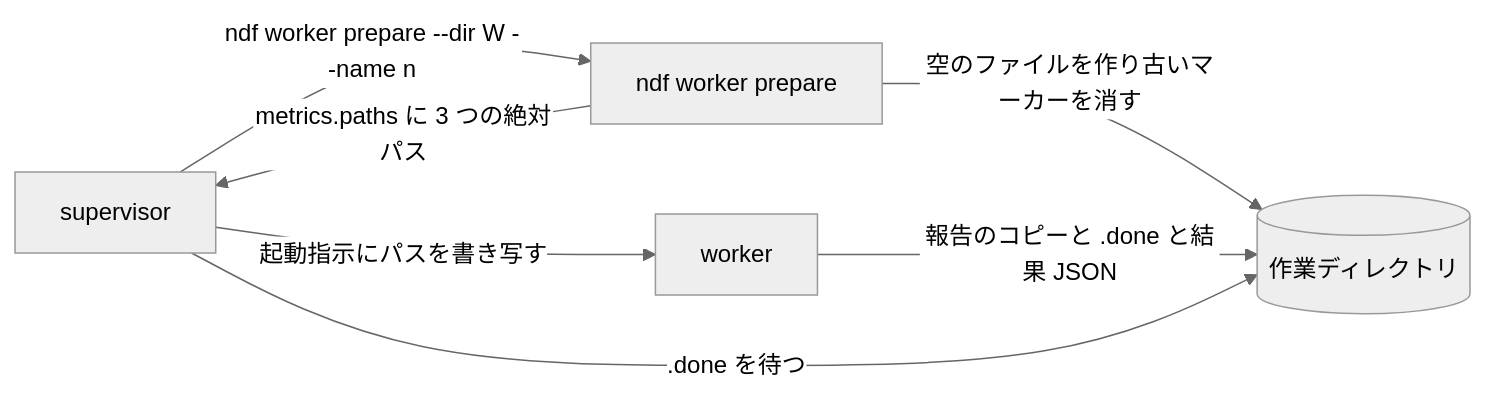
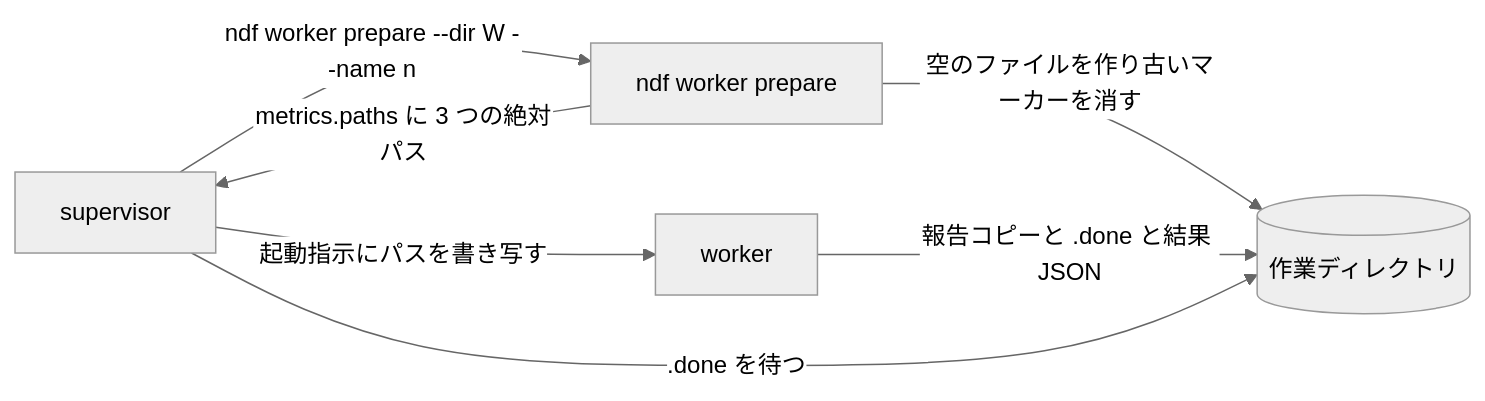
Before and after one commit to devbasex/ai-plugins: the second of 4 diagrams in issues/issue-3877-design.md, drawn with Mermaid (neutral theme). The commit also changed other lines of this file and 5 other files, not shown here.

````diff
--- a/issues/issue-3877-design.md
+++ b/issues/issue-3877-design.md
@@ -41,9 +41,9 @@
 ```mermaid
 flowchart LR
     S[supervisor] -->|"ndf worker prepare --dir W --name n"| C[ndf worker prepare]
     C -->|空のファイルを作り古いマーカーを消す| F[(作業ディレクトリ)]
     C -->|metrics.paths に 3 つの絶対パス| S
     S -->|起動指示にパスを書き写す| W[worker]
-    W -->|報告のコピーと .done と結果 JSON| F
+    W -->|報告コピーと .done と結果 JSON| F
     S -->|.done を待つ| F
 ```
````
